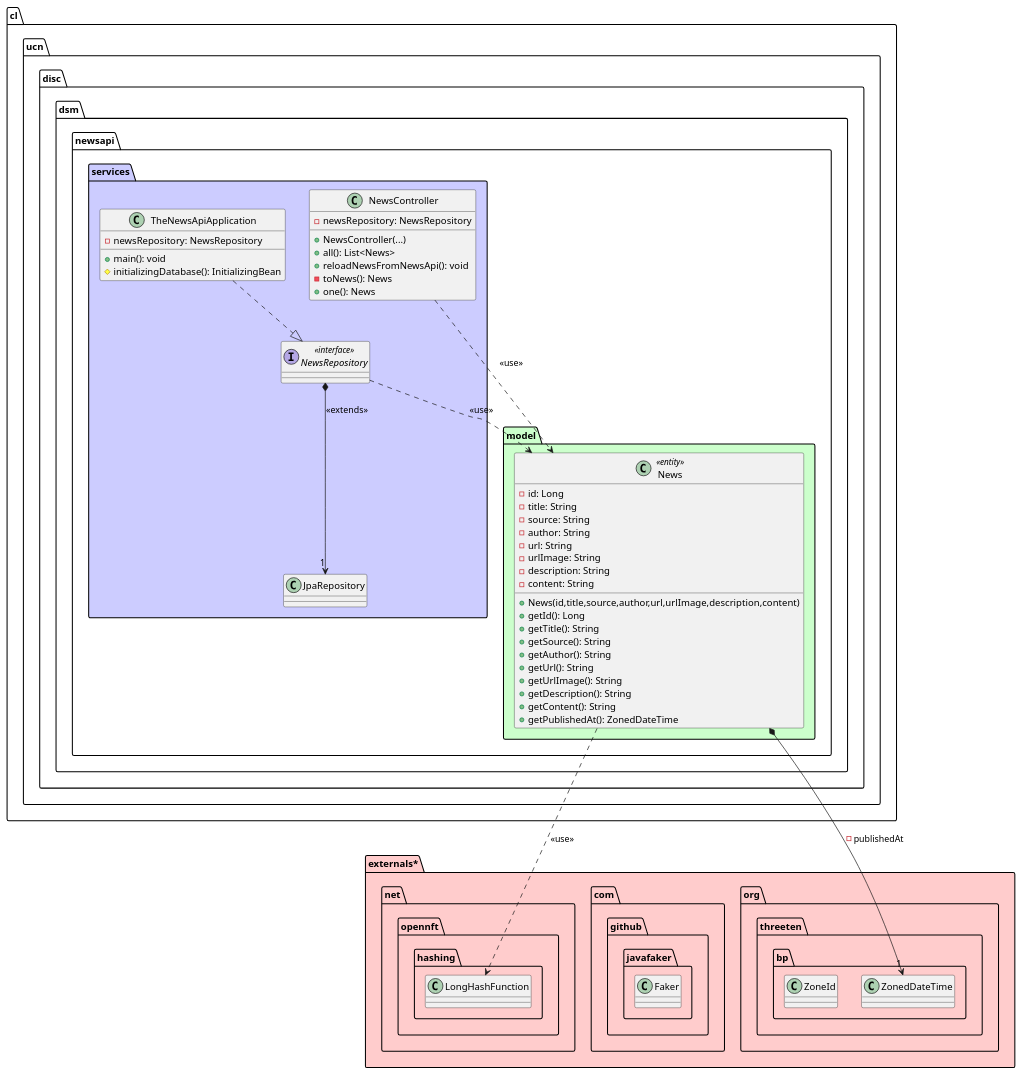
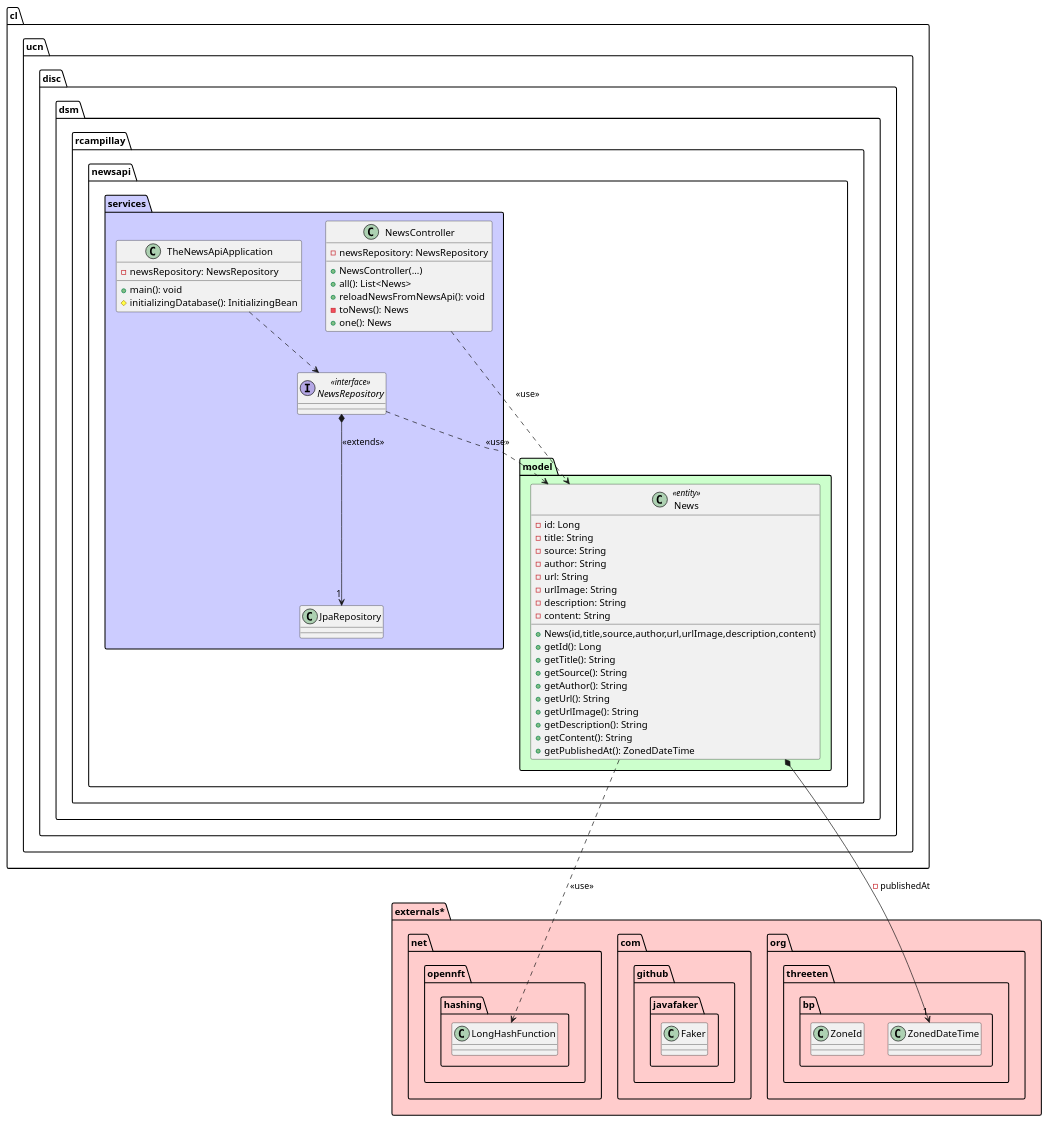
Before and after one commit to LaRata69/News-API: the diagram in README.md, drawn with PlantUML. The commit also changed other lines of this file and 3 other files, not shown here.

Commit message:
update(project): Fixed Uml & added a service package to order java files.

```diff
--- a/README.md
+++ b/README.md
@@ -28,7 +28,7 @@
     }
 }
 
-    package cl.ucn.disc.dsm.newsapi {
+    package cl.ucn.disc.dsm.rcampillay.newsapi {
     
     package model #ccffcc {
         
@@ -79,7 +79,7 @@
         +main(): void
         #initializingDatabase(): InitializingBean
     }
-    TheNewsApiApplication ..|> NewsRepository
+    TheNewsApiApplication ..> NewsRepository
 
 
 }
```
